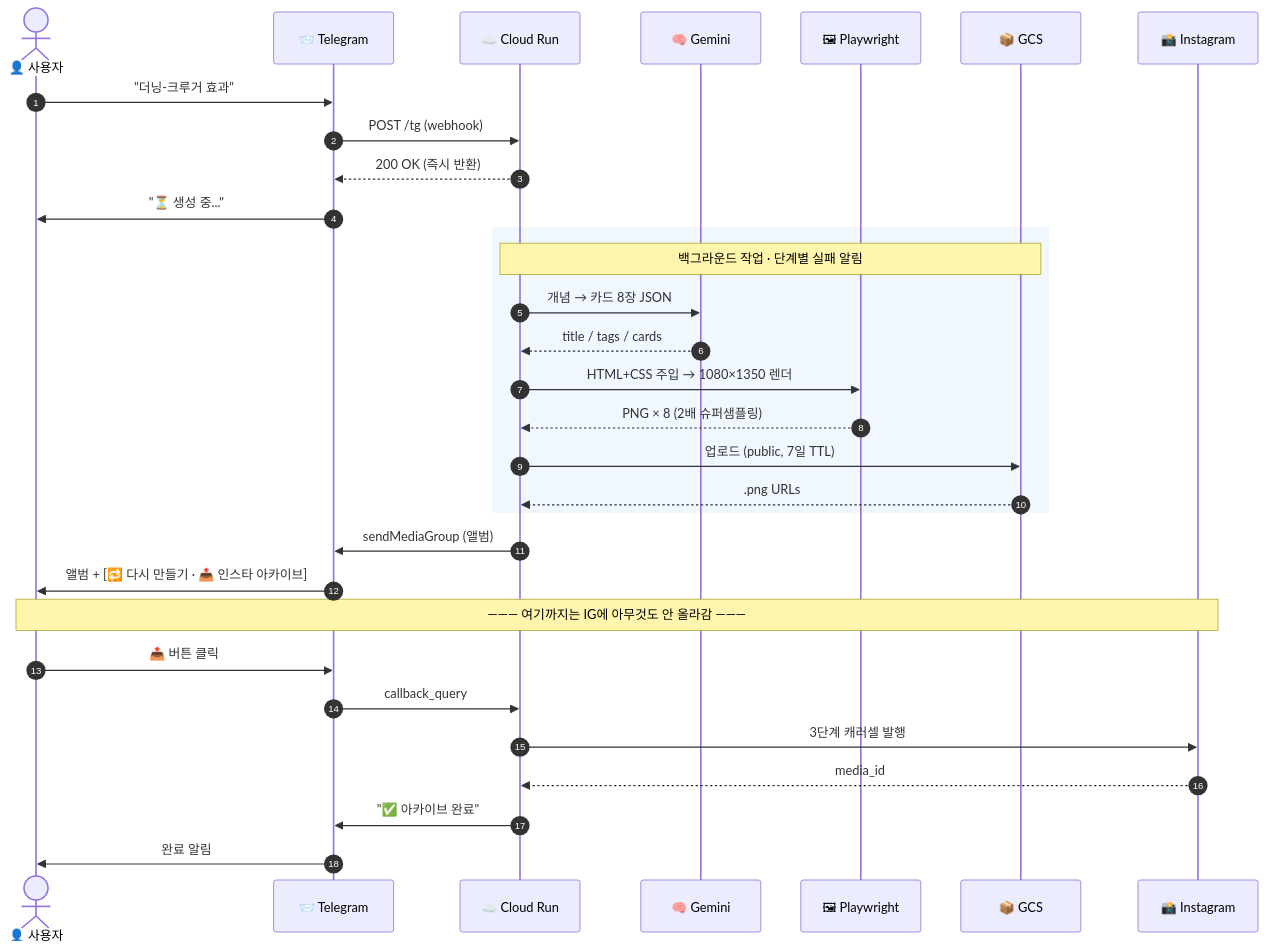
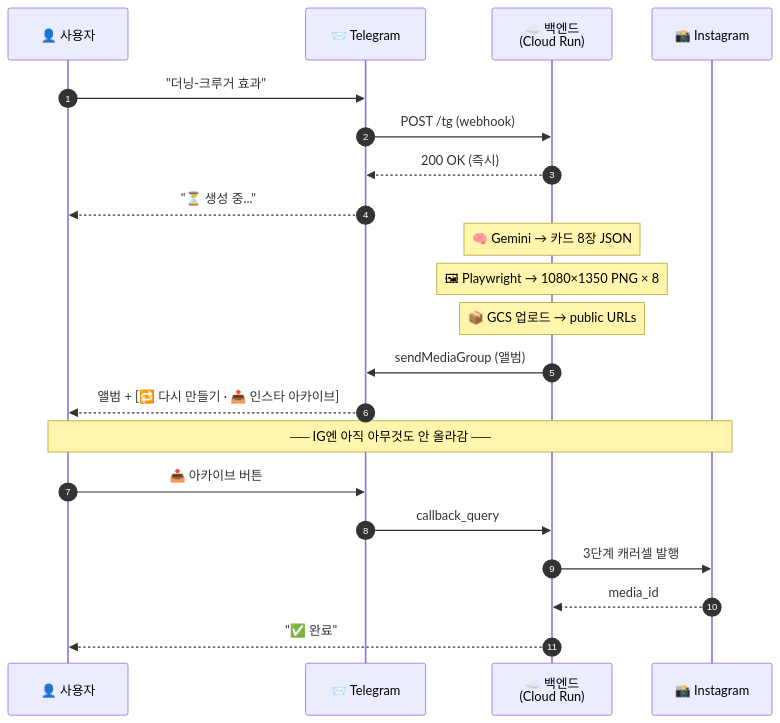
Before and after one commit to SheepJH/concept_archive: the second of 2 diagrams in README.md, drawn with Mermaid. The commit also changed other lines of this file, not shown here.

First line of the commit message:
README 파이프라인 다이어그램 가독성 개선

````diff
--- a/README.md
+++ b/README.md
@@ -98,38 +81,28 @@
 ```mermaid
 sequenceDiagram
     autonumber
-    actor U as 👤 사용자
+    participant U as 👤 사용자
     participant T as 📨 Telegram
-    participant R as ☁️ Cloud Run
-    participant G as 🧠 Gemini
-    participant P as 🖼 Playwright
-    participant S as 📦 GCS
+    participant B as ☁️ 백엔드<br/>(Cloud Run)
     participant I as 📸 Instagram
 
     U->>T: "더닝-크루거 효과"
-    T->>R: POST /tg (webhook)
-    R-->>T: 200 OK (즉시 반환)
-    T->>U: "⏳ 생성 중..."
+    T->>B: POST /tg (webhook)
+    B-->>T: 200 OK (즉시)
+    T-->>U: "⏳ 생성 중..."
 
-    rect rgb(240, 247, 255)
-    Note over R,S: 백그라운드 작업 · 단계별 실패 알림
-    R->>G: 개념 → 카드 8장 JSON
-    G-->>R: title / tags / cards
-    R->>P: HTML+CSS 주입 → 1080×1350 렌더
-    P-->>R: PNG × 8 (2배 슈퍼샘플링)
-    R->>S: 업로드 (public, 7일 TTL)
-    S-->>R: .png URLs
-    end
+    Note over B: 🧠 Gemini → 카드 8장 JSON
+    Note over B: 🖼 Playwright → 1080×1350 PNG × 8
+    Note over B: 📦 GCS 업로드 → public URLs
 
-    R->>T: sendMediaGroup (앨범)
-    T->>U: 앨범 + [🔁 다시 만들기 · 📤 인스타 아카이브]
+    B->>T: sendMediaGroup (앨범)
+    T-->>U: 앨범 + [🔁 다시 만들기 · 📤 인스타 아카이브]
 
-    Note over U,I: ——— 여기까지는 IG에 아무것도 안 올라감 ———
+    Note over U,I: ── IG엔 아직 아무것도 안 올라감 ──
 
-    U->>T: 📤 버튼 클릭
-    T->>R: callback_query
-    R->>I: 3단계 캐러셀 발행
-    I-->>R: media_id
-    R->>T: "✅ 아카이브 완료"
-    T->>U: 완료 알림
+    U->>T: 📤 아카이브 버튼
+    T->>B: callback_query
+    B->>I: 3단계 캐러셀 발행
+    I-->>B: media_id
+    B-->>U: "✅ 완료"
 ```
````
